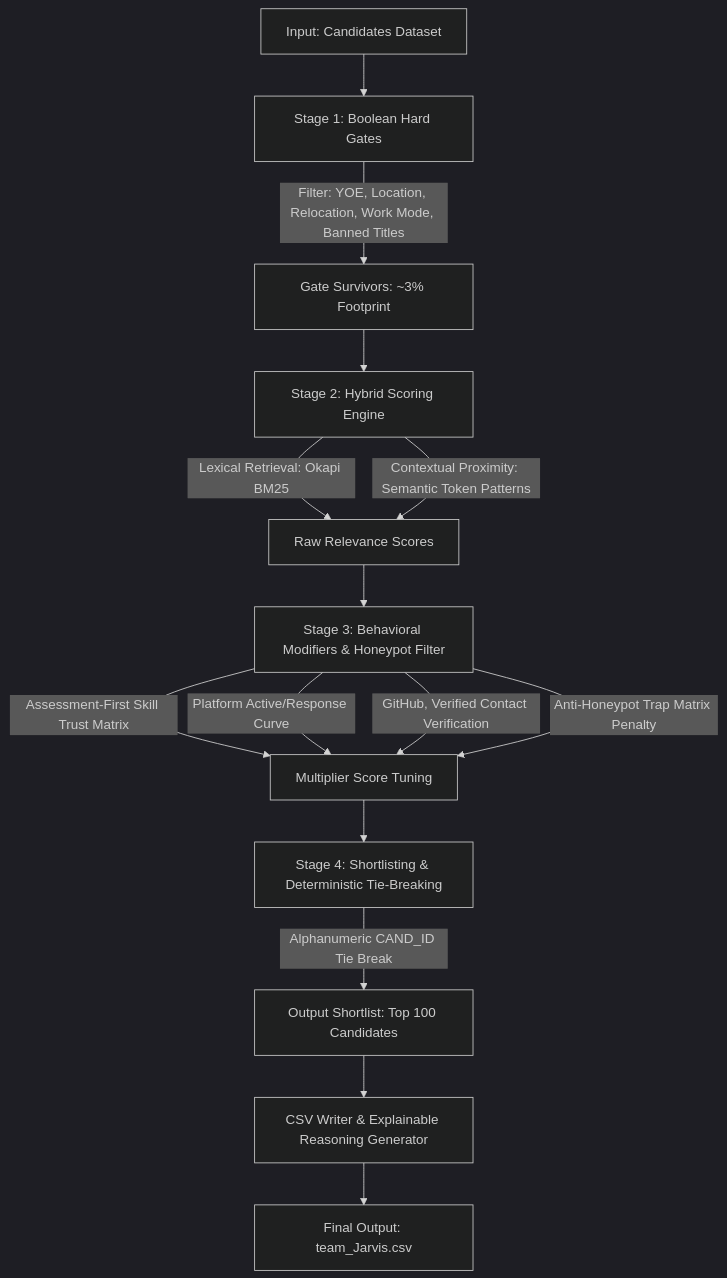
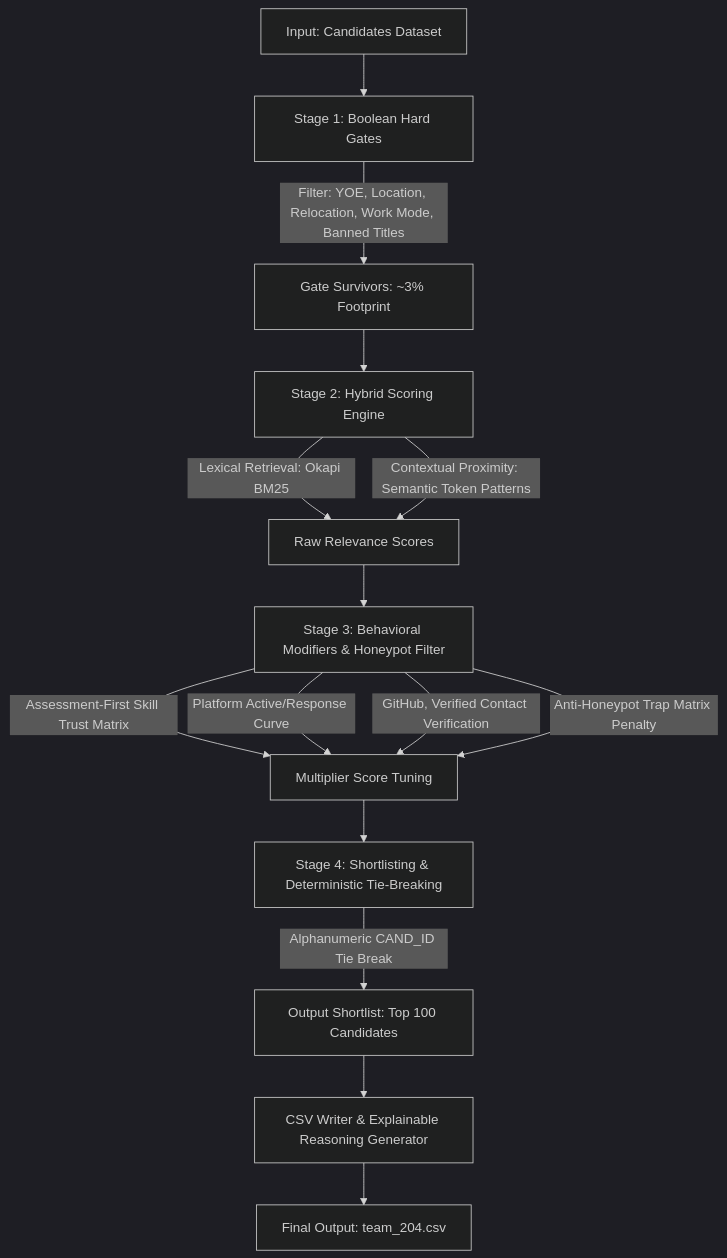
Before and after one commit to SaikarthikMothe/Redrob_Hybrid_Ranker: the diagram in README.md, drawn with Mermaid (dark theme). The commit also changed other lines of this file and 6 other files, not shown here.

Commit message:
chore: switch participant ID and submission outputs from team_Jarvis to team_204

````diff
--- a/README.md
+++ b/README.md
@@ -69,17 +69,17 @@
 ```mermaid
 graph TD
     A[Input: Candidates Dataset] --> B[Stage 1: Boolean Hard Gates]
     B -->|Filter: YOE, Location, Relocation, Work Mode, Banned Titles| C[Gate Survivors: ~3% Footprint]
     C --> D[Stage 2: Hybrid Scoring Engine]
     D -->|Lexical Retrieval: Okapi BM25| E[Raw Relevance Scores]
     D -->|Contextual Proximity: Semantic Token Patterns| E
     E --> F[Stage 3: Behavioral Modifiers & Honeypot Filter]
     F -->|Assessment-First Skill Trust Matrix| G[Multiplier Score Tuning]
     F -->|Platform Active/Response Curve| G
     F -->|GitHub, Verified Contact Verification| G
     F -->|Anti-Honeypot Trap Matrix Penalty| G
     G --> H[Stage 4: Shortlisting & Deterministic Tie-Breaking]
     H -->|Alphanumeric CAND_ID Tie Break| I[Output Shortlist: Top 100 Candidates]
     I --> J[CSV Writer & Explainable Reasoning Generator]
-    J --> K[Final Output: team_Jarvis.csv]
+    J --> K[Final Output: team_204.csv]
 ```
````
